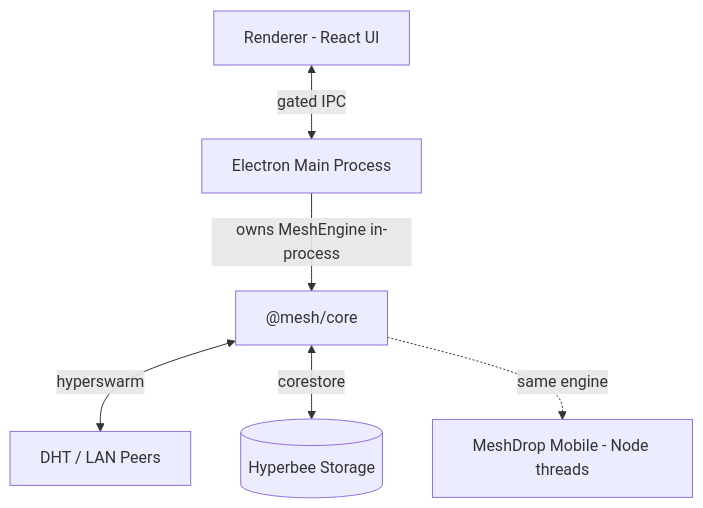
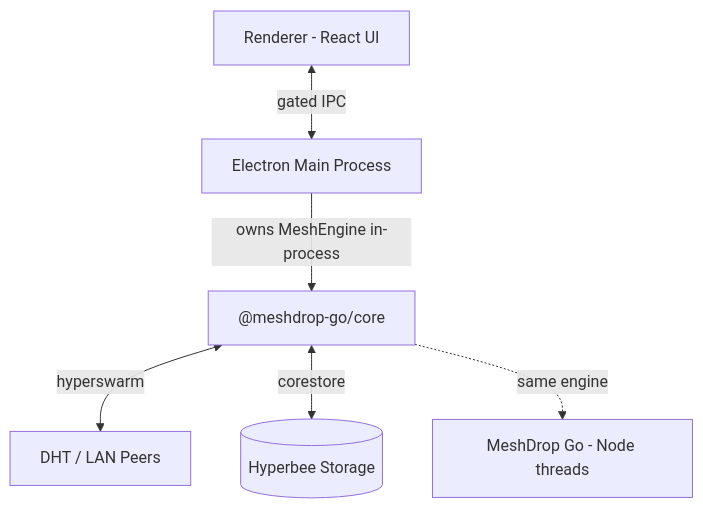
Before and after one commit to aamirali51/meshdrop-app: the diagram in README.md, drawn with Mermaid. The commit also changed other lines of this file and 77 other files, not shown here.

First line of the commit message:
Release v1.0.68 — MeshDrop Go

````diff
--- a/README.md
+++ b/README.md
@@ -40,8 +40,8 @@
 ```mermaid
 graph TD
     R["Renderer - React UI"] <-->|gated IPC| M["Electron Main Process"]
-    M -->|owns MeshEngine in-process| C["@mesh/core"]
+    M -->|owns MeshEngine in-process| C["@meshdrop-go/core"]
     C <-->|hyperswarm| N["DHT / LAN Peers"]
     C <-->|corestore| S[("Hyperbee Storage")]
-    C -.->|same engine| RN["MeshDrop Mobile - Node threads"]
+    C -.->|same engine| RN["MeshDrop Go - Node threads"]
 ```
````
